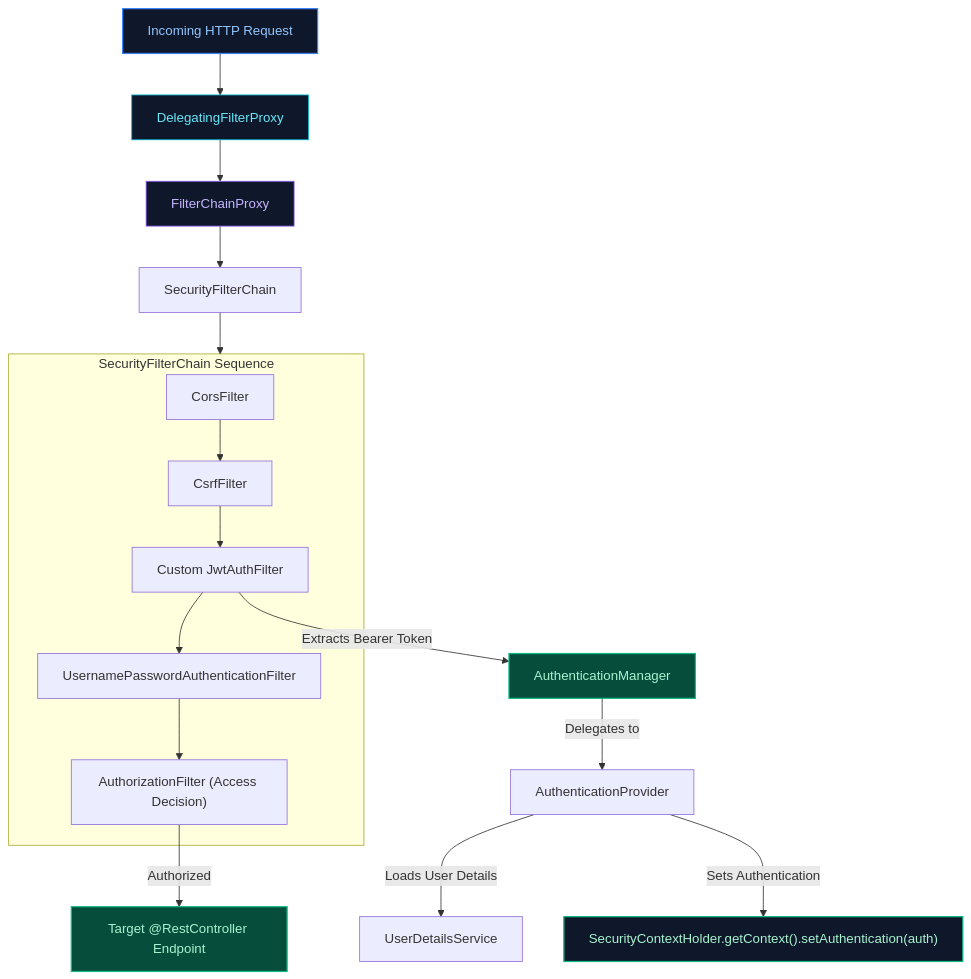
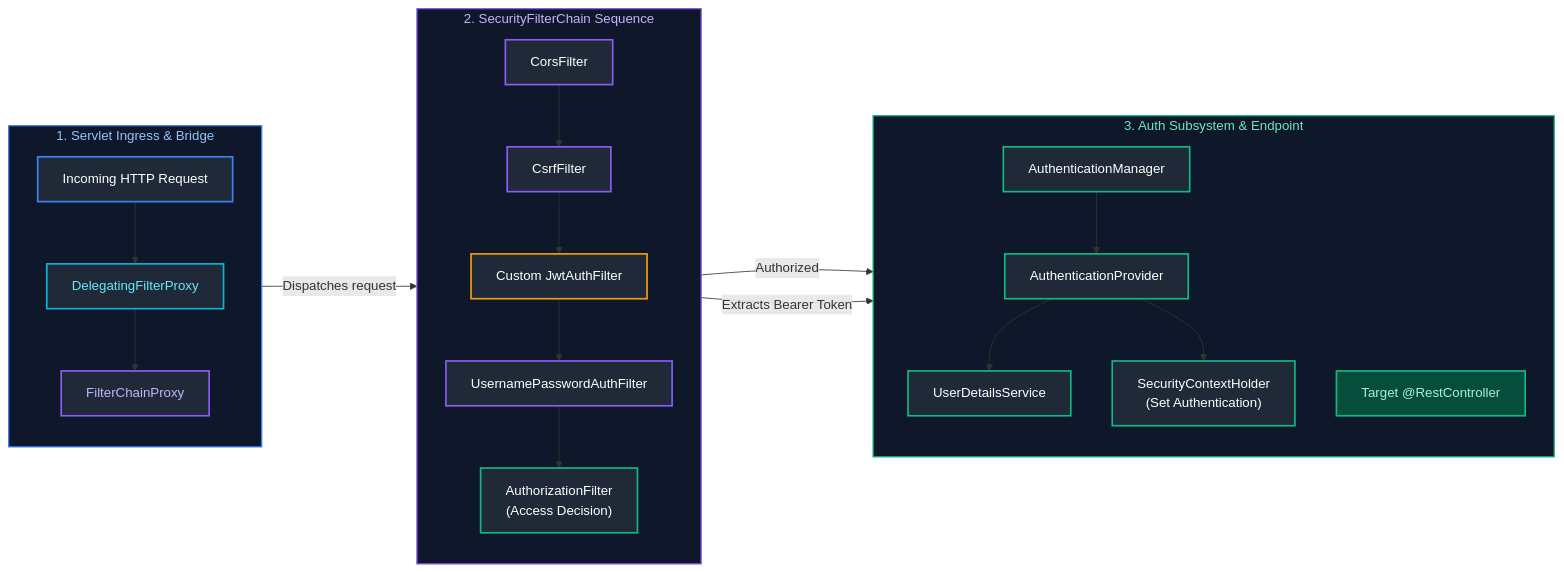
Before and after one commit to joydeep-biswas/Interview-Preparation: the diagram in Java Backend Engineering/frequently_asked_questions/07_spring_security_and_oauth2_jwt.md, drawn with Mermaid. The commit also changed 76 other files, not shown here.

Commit message:
Updated Charts

````diff
--- a/Java Backend Engineering/frequently_asked_questions/07_spring_security_and_oauth2_jwt.md
+++ b/Java Backend Engineering/frequently_asked_questions/07_spring_security_and_oauth2_jwt.md
@@ -9,27 +9,47 @@
 ```mermaid
-flowchart TD
-    Req["Incoming HTTP Request"] --> DelegatingProxy["DelegatingFilterProxy"]
-    DelegatingProxy --> FilterChainProxy["FilterChainProxy"]
-    FilterChainProxy --> SecChain["SecurityFilterChain"]
+flowchart LR
+    subgraph ServletBridge ["1. Servlet Ingress & Bridge"]
+        direction TB
+        Req["Incoming HTTP Request"] --> DelegatingProxy["DelegatingFilterProxy"]
+        DelegatingProxy --> FilterChainProxy["FilterChainProxy"]
+    end
 
-    subgraph FilterChain["SecurityFilterChain Sequence"]
+    subgraph FilterChain ["2. SecurityFilterChain Sequence"]
+        direction TB
         CorsFilter["CorsFilter"] --> CsrfFilter["CsrfFilter"]
         CsrfFilter --> JwtFilter["Custom JwtAuthFilter"]
-        JwtFilter --> UserPassFilter["UsernamePasswordAuthenticationFilter"]
-        UserPassFilter --> FilterSecurity["AuthorizationFilter (Access Decision)"]
+        JwtFilter --> UserPassFilter["UsernamePasswordAuthFilter"]
+        UserPassFilter --> FilterSecurity["AuthorizationFilter<br/>(Access Decision)"]
     end
 
-    SecChain --> FilterChain
-    JwtFilter -->|"Extracts Bearer Token"| AuthManager["AuthenticationManager"]
-    AuthManager -->|"Delegates to"| AuthProvider["AuthenticationProvider"]
-    AuthProvider -->|"Loads User Details"| UserDetails["UserDetailsService"]
-    AuthProvider -->|"Sets Authentication"| SecContext["SecurityContextHolder.getContext().setAuthentication(auth)"]
-    FilterSecurity -->|"Authorized"| Controller["Target @RestController Endpoint"]
+    subgraph AuthSubsystem ["3. Auth Subsystem & Endpoint"]
+        direction TB
+        AuthManager["AuthenticationManager"] --> AuthProvider["AuthenticationProvider"]
+        AuthProvider --> UserDetails["UserDetailsService"]
+        AuthProvider --> SecContext["SecurityContextHolder<br/>(Set Authentication)"]
+        FilterSecurity -->|"Authorized"| Controller["Target @RestController"]
+    end
 
-    style Req fill:#0f172a,stroke:#3b82f6,stroke-width:1.5px,color:#93c5fd
-    style DelegatingProxy fill:#0f172a,stroke:#06b6d4,stroke-width:1px,color:#67e8f9
-    style FilterChainProxy fill:#0f172a,stroke:#8b5cf6,stroke-width:1px,color:#c4b5fd
-    style AuthManager fill:#064e3b,stroke:#10b981,stroke-width:1.5px,color:#a7f3d0
-    style SecContext fill:#0f172a,stroke:#10b981,stroke-width:1.5px,color:#a7f3d0
-    style Controller fill:#064e3b,stroke:#10b981,stroke-width:1.5px,color:#a7f3d0
+    FilterChainProxy -->|"Dispatches request"| CorsFilter
+    JwtFilter -->|"Extracts Bearer Token"| AuthManager
+
+    style ServletBridge fill:#0f172a,stroke:#3b82f6,stroke-width:1.5px,color:#93c5fd
+    style FilterChain fill:#0f172a,stroke:#8b5cf6,stroke-width:1.5px,color:#c4b5fd
+    style AuthSubsystem fill:#0f172a,stroke:#10b981,stroke-width:1.5px,color:#6ee7b7
+
+    style Req fill:#1f2937,stroke:#3b82f6,stroke-width:2px,color:#fff
+    style DelegatingProxy fill:#1f2937,stroke:#06b6d4,stroke-width:2px,color:#67e8f9
+    style FilterChainProxy fill:#1f2937,stroke:#8b5cf6,stroke-width:2px,color:#c4b5fd
+
+    style CorsFilter fill:#1f2937,stroke:#8b5cf6,stroke-width:2px,color:#fff
+    style CsrfFilter fill:#1f2937,stroke:#8b5cf6,stroke-width:2px,color:#fff
+    style JwtFilter fill:#1f2937,stroke:#f59e0b,stroke-width:2px,color:#fff
+    style UserPassFilter fill:#1f2937,stroke:#8b5cf6,stroke-width:2px,color:#fff
+    style FilterSecurity fill:#1f2937,stroke:#10b981,stroke-width:2px,color:#fff
+
+    style AuthManager fill:#1f2937,stroke:#10b981,stroke-width:2px,color:#fff
+    style AuthProvider fill:#1f2937,stroke:#10b981,stroke-width:2px,color:#fff
+    style UserDetails fill:#1f2937,stroke:#10b981,stroke-width:2px,color:#fff
+    style SecContext fill:#1f2937,stroke:#10b981,stroke-width:2px,color:#fff
+    style Controller fill:#064e3b,stroke:#10b981,stroke-width:2px,color:#a7f3d0
 ```
````
